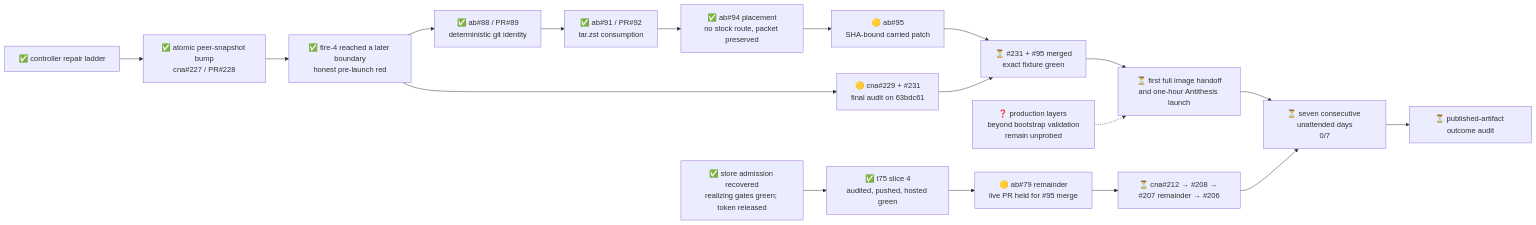
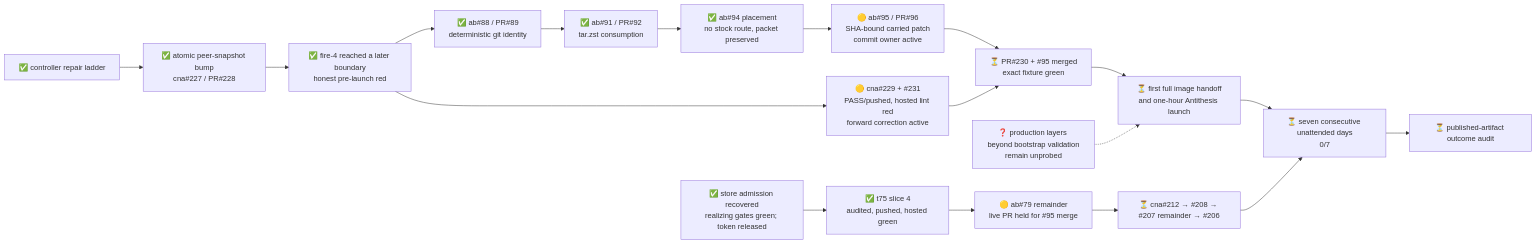
Before and after one commit to cardano-foundation/cardano-node-antithesis: the diagram in .milestones/2/state.md, drawn with Mermaid. The commit also changed other lines of this file and 6 other files, not shown here.

````diff
--- a/.milestones/2/state.md
+++ b/.milestones/2/state.md
@@ -7,16 +7,16 @@
 ```mermaid
 flowchart LR
     ladder["✅ controller repair ladder"] --> atomic["✅ atomic peer-snapshot bump<br/>cna#227 / PR#228"]
     atomic --> fire4["✅ fire-4 reached a later boundary<br/>honest pre-launch red"]
-    fire4 --> observe["🟡 cna#229 + #231<br/>final audit on 63bdc61"]
+    fire4 --> observe["🟡 cna#229 + #231<br/>PASS/pushed, hosted lint red<br/>forward correction active"]
     fire4 --> gitinfo["✅ ab#88 / PR#89<br/>deterministic git identity"]
     gitinfo --> archives["✅ ab#91 / PR#92<br/>tar.zst consumption"]
     archives --> noroute["✅ ab#94 placement<br/>no stock route, packet preserved"]
-    noroute --> patch95["🟡 ab#95<br/>SHA-bound carried patch"] --> fire5["⏳ #231 + #95 merged<br/>exact fixture green"]
+    noroute --> patch95["🟡 ab#95 / PR#96<br/>SHA-bound carried patch<br/>commit owner active"] --> fire5["⏳ PR#230 + #95 merged<br/>exact fixture green"]
     observe --> fire5
     fire5 --> launch["⏳ first full image handoff<br/>and one-hour Antithesis launch"]
     launch --> streak["⏳ seven consecutive unattended days<br/>0/7"] --> audit["⏳ published-artifact outcome audit"]
     capacity["✅ store admission recovered<br/>realizing gates green; token released"] --> t75["✅ t75 slice 4<br/>audited, pushed, hosted green"]
     t75 --> handoff79["🟡 ab#79 remainder<br/>live PR held for #95 merge"] --> hardening["⏳ cna#212 → #208 → #207 remainder → #206"] --> streak
     unknown["❓ production layers beyond bootstrap validation<br/>remain unprobed"] -.-> launch
 ```
````
